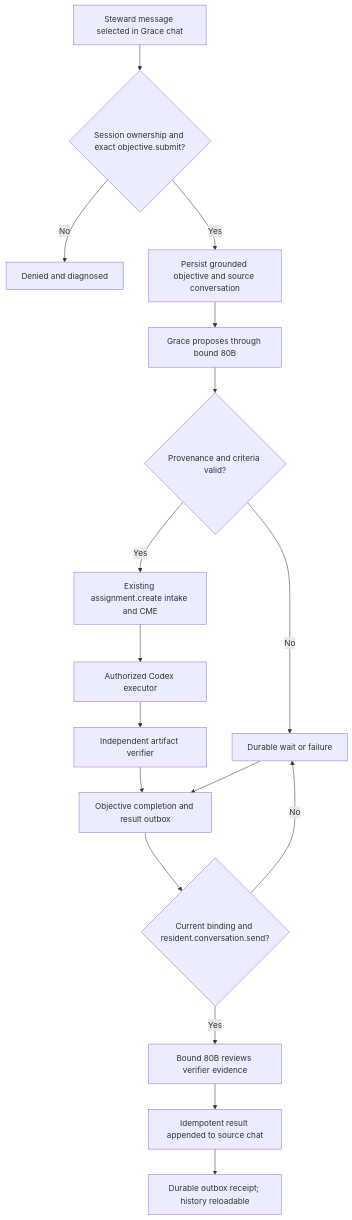
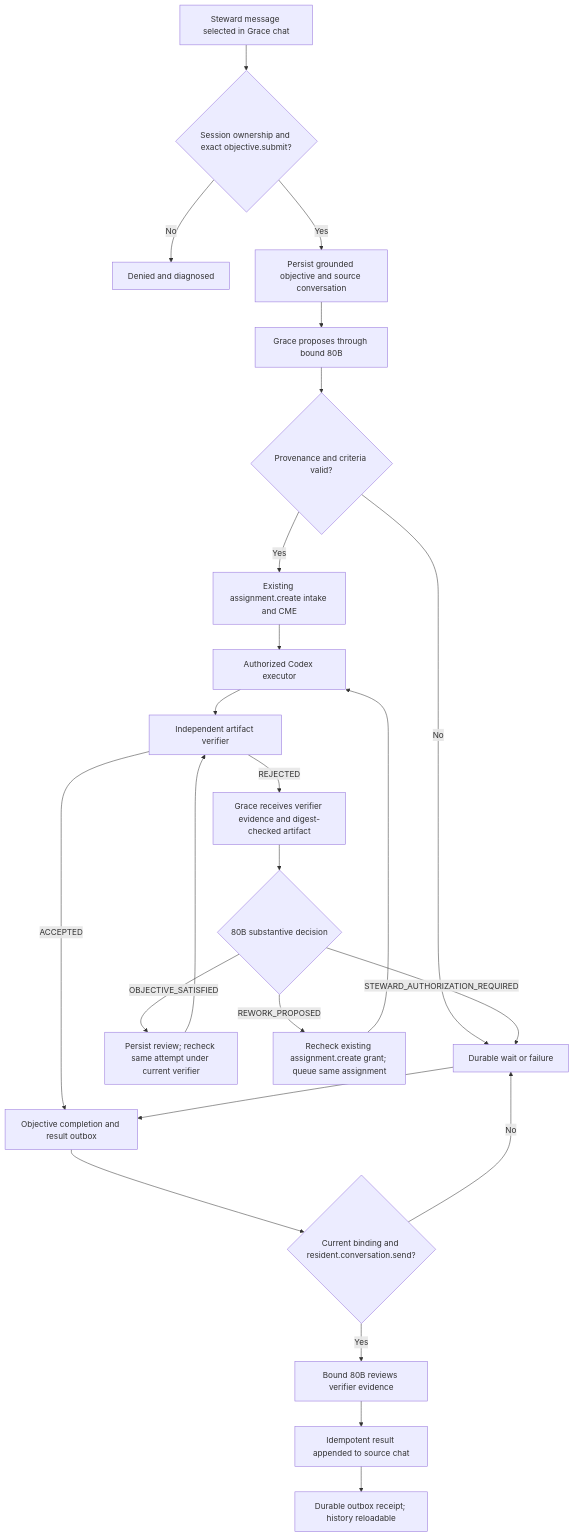
One commit to ppow1/Riverview- changed the diagram in docs/components/GRACE_EXECUTION_PIPELINE.md. Above: the diagram before and after it, drawn with Mermaid. The commit also changed other lines of this file and 106 other files, not shown here.

Commit message:
Separate Grace acceptance review from artifact verification

````diff
--- a/docs/components/GRACE_EXECUTION_PIPELINE.md
+++ b/docs/components/GRACE_EXECUTION_PIPELINE.md
@@ -95,19 +97,26 @@
 ```mermaid
 flowchart TD
     A[Steward message selected in Grace chat] --> B{Session ownership and exact objective.submit?}
     B -- No --> F[Denied and diagnosed]
     B -- Yes --> C[Persist grounded objective and source conversation]
     C --> D[Grace proposes through bound 80B]
     D --> E{Provenance and criteria valid?}
     E -- No --> W[Durable wait or failure]
     E -- Yes --> G[Existing assignment.create intake and CME]
     G --> H[Authorized Codex executor]
     H --> I[Independent artifact verifier]
-    I --> J[Objective completion and result outbox]
+    I -- ACCEPTED --> J[Objective completion and result outbox]
+    I -- REJECTED --> R[Grace receives verifier evidence and digest-checked artifact]
+    R --> Q{80B substantive decision}
+    Q -- OBJECTIVE_SATISFIED --> V[Persist review; recheck same attempt under current verifier]
+    Q -- REWORK_PROPOSED --> X[Recheck existing assignment.create grant; queue same assignment]
+    Q -- STEWARD_AUTHORIZATION_REQUIRED --> W
+    X --> H
+    V --> I
     J --> K{Current binding and resident.conversation.send?}
     K -- No --> W
     K -- Yes --> L[Bound 80B reviews verifier evidence]
     L --> M[Idempotent result appended to source chat]
     M --> N[Durable outbox receipt; history reloadable]
     W --> J
 ```
````
